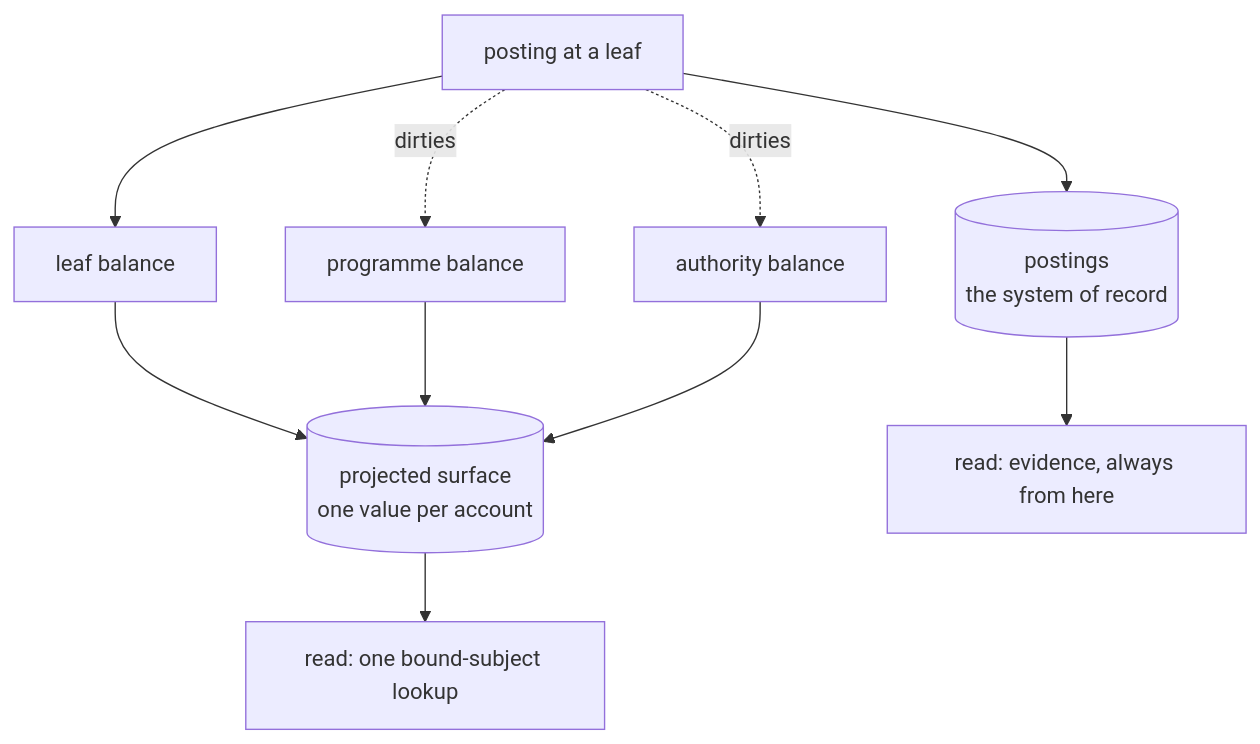
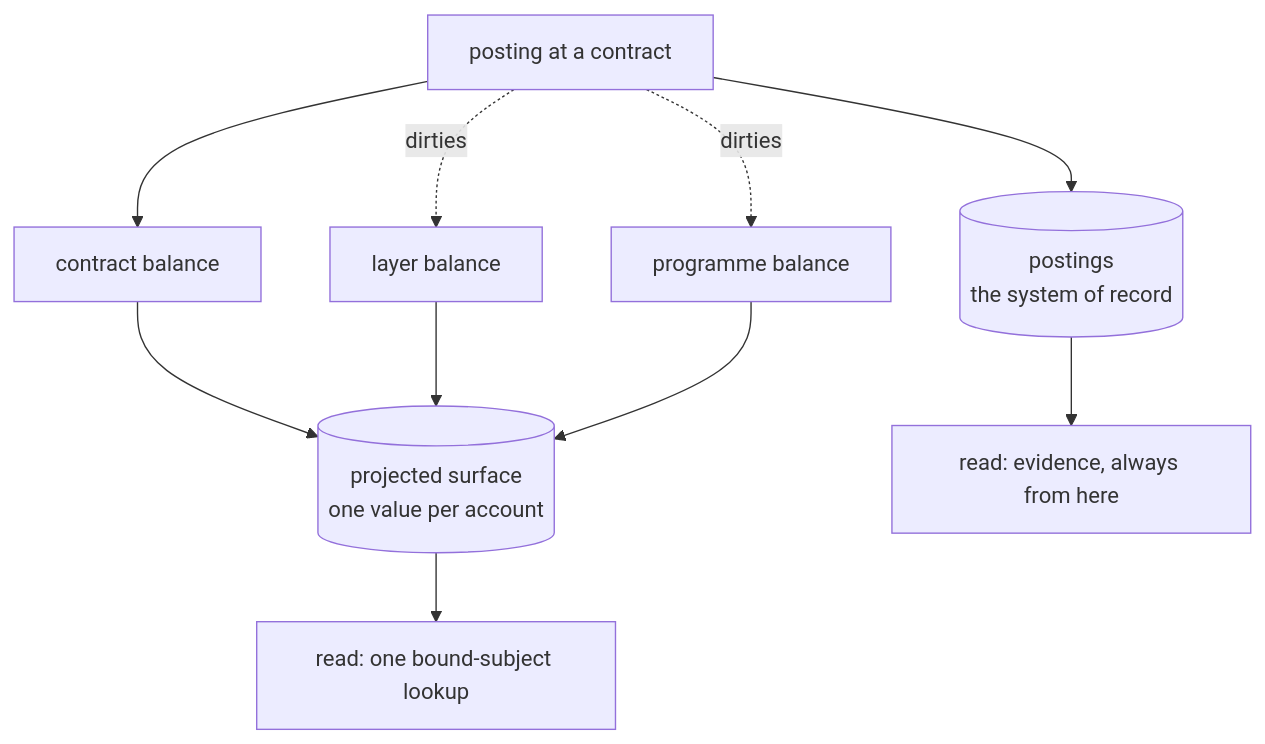
One commit to nebularis/lattice changed the fourth of 5 diagrams in docs/developer/sketches/multi-store-runtime.md. Above: the diagram before and after it, drawn with Mermaid. The commit also changed other lines of this file and 4 other files, not shown here.

````diff
--- a/docs/developer/sketches/multi-store-runtime.md
+++ b/docs/developer/sketches/multi-store-runtime.md
@@ -184,12 +245,12 @@
 ```mermaid
 flowchart TB
-    P["posting at a leaf"] --> L["leaf balance"]
-    P -.->|"dirties"| A1["programme balance"]
-    P -.->|"dirties"| A2["authority balance"]
+    P["posting at a contract"] --> L["contract balance"]
+    P -.->|"dirties"| A1["layer balance"]
+    P -.->|"dirties"| A2["programme balance"]
     L --> S[("projected surface<br/>one value per account")]
     A1 --> S
     A2 --> S
     S --> RD["read: one bound-subject lookup"]
     PST[("postings<br/>the system of record")] --> EV["read: evidence, always from here"]
     P --> PST
 ```
````
